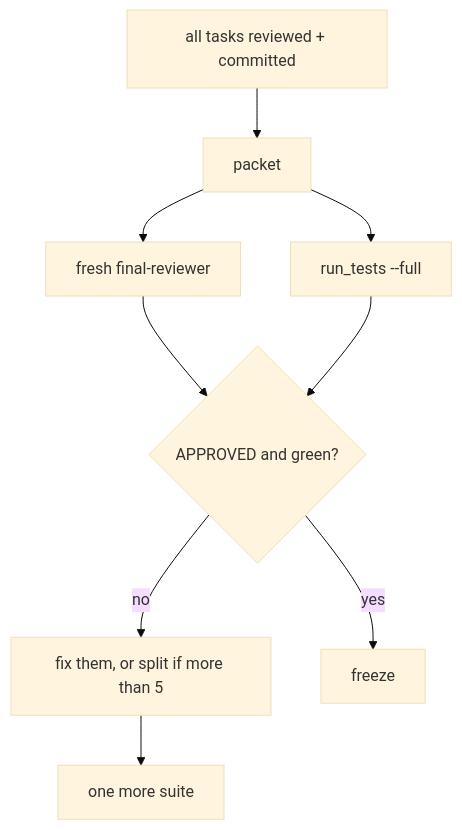
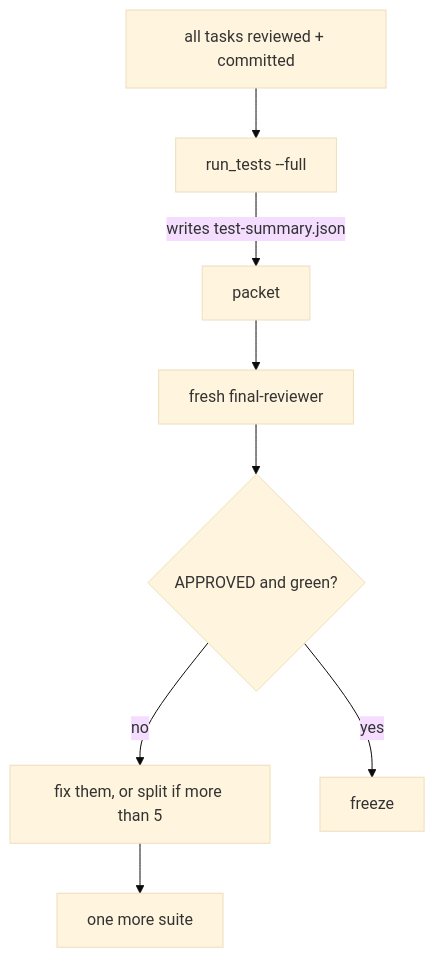
One commit to devcomfort/superlite changed the fifth of 5 diagrams in skills/subagent-driven-development/SKILL.md. Above: the diagram before and after it, drawn with Mermaid (base theme). The commit also changed other lines of this file, not shown here.

Commit message:
SDD: build final-review packet only after the full suite finishes

````diff
--- a/skills/subagent-driven-development/SKILL.md
+++ b/skills/subagent-driven-development/SKILL.md
@@ -90,9 +90,9 @@
 ```mermaid
 flowchart TB
-  G[all tasks reviewed + committed] --> PK[packet]
+  G[all tasks reviewed + committed] --> ST[run_tests --full]
+  ST -- writes test-summary.json --> PK[packet]
   PK --> FR[fresh final-reviewer]
-  PK --> ST[run_tests --full]
-  FR & ST --> V{APPROVED and green?}
+  FR --> V{APPROVED and green?}
   V -- no --> FX[fix them, or split if more than 5] --> ST2[one more suite]
   V -- yes --> Z[freeze]
 ```
````
